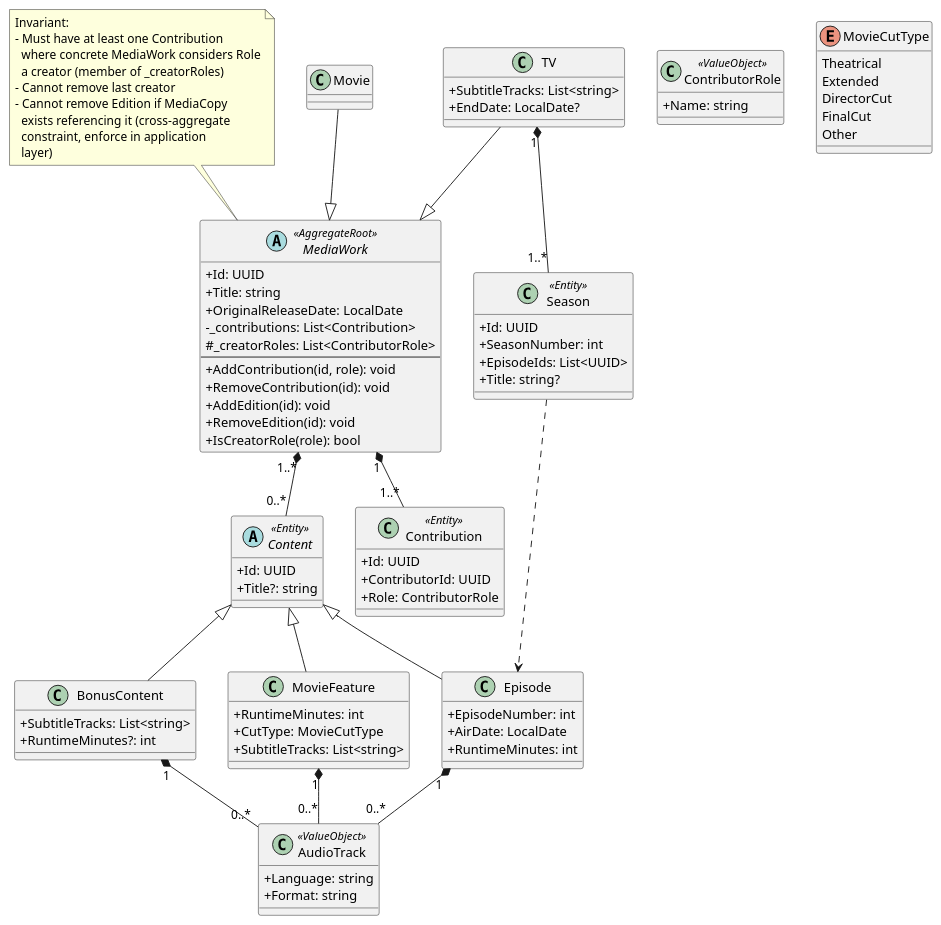
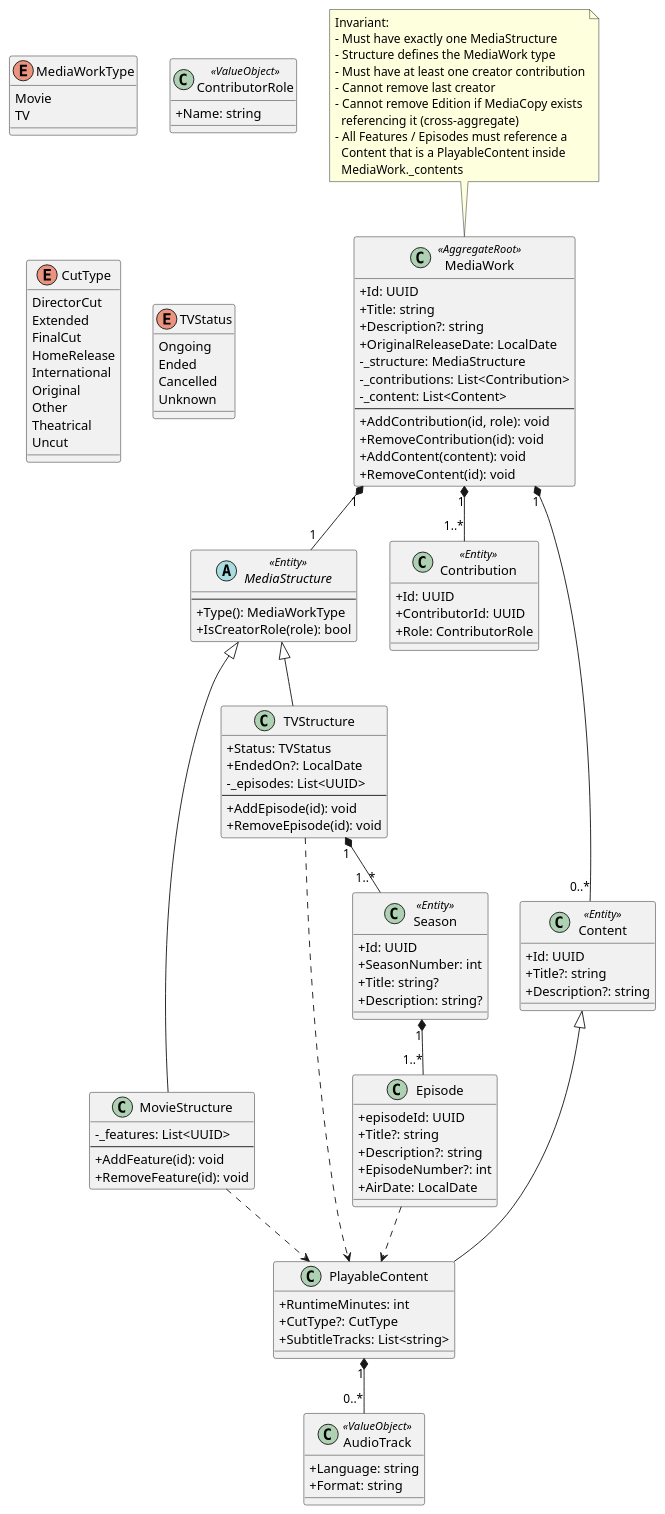
One commit to yantue/colleq changed the diagram in docs/uml/domain/domain-media-work.puml. Above: the diagram before and after it, drawn with PlantUML. The commit also changed 1 other file, not shown here.

Commit message:
docs: Add MediaStructure instead of polymorphic MediaWork + Update concrete Content to PlayableContent instead of Movie/TV/Bonus

```diff
--- a/docs/uml/domain/domain-media-work.puml
+++ b/docs/uml/domain/domain-media-work.puml
@@ -1,114 +1,146 @@
 @startuml
 skinparam classAttributeIconSize 0
 
 ' ===== CORE =====
-abstract class MediaWork <<AggregateRoot>> {
+class MediaWork <<AggregateRoot>> {
     +Id: UUID
     +Title: string
+    +Description?: string
     +OriginalReleaseDate: LocalDate
+    -_structure: MediaStructure
     -_contributions: List<Contribution>
-    #_creatorRoles: List<ContributorRole>
+    -_content: List<Content>
     --
     +AddContribution(id, role): void
     +RemoveContribution(id): void
-    +AddEdition(id): void
-    +RemoveEdition(id): void
-    +IsCreatorRole(role): bool
+    +AddContent(content): void
+    +RemoveContent(id): void
 }
 
 note top of MediaWork
 Invariant:
-- Must have at least one Contribution
-  where concrete MediaWork considers Role
-  a creator (member of _creatorRoles)
+- Must have exactly one MediaStructure
+- Structure defines the MediaWork type
+- Must have at least one creator contribution
 - Cannot remove last creator
-- Cannot remove Edition if MediaCopy
-  exists referencing it (cross-aggregate
-  constraint, enforce in application
-  layer)
+- Cannot remove Edition if MediaCopy exists
+  referencing it (cross-aggregate)
+- All Features / Episodes must reference a
+  Content that is a PlayableContent inside
+  MediaWork._contents
 end note
 
-abstract class Content <<Entity>> {
-    +Id: UUID
-    +Title?: string
+abstract class MediaStructure <<Entity>> {
+    --
+    +Type(): MediaWorkType
+    +IsCreatorRole(role): bool
 }
 
-MediaWork "1..*" *-- "0..*" Content
+MediaWork "1" *-- "1" MediaStructure
 
-class BonusContent {
-    +SubtitleTracks: List<string>
-    +RuntimeMinutes?: int
+enum MediaWorkType {
+    Movie
+    TV
 }
 
-Content <|-- BonusContent
-
+' ===== CONTRIBUTIONS =====
 class Contribution <<Entity>> {
     +Id: UUID
     +ContributorId: UUID
     +Role: ContributorRole
 }
 
 class ContributorRole <<ValueObject>> {
     +Name: string
 }
 
 MediaWork "1" *-- "1..*" Contribution
 
-' ===== MOVIE =====
-class Movie {}
+' ===== CONTENT =====
+class Content <<Entity>> {
+    +Id: UUID
+    +Title?: string
+    +Description?: string
+}
 
-Movie --|> MediaWork
+MediaWork "1" *-- "0..*" Content
 
-class MovieFeature {
+class PlayableContent {
     +RuntimeMinutes: int
-    +CutType: MovieCutType
+    +CutType?: CutType
     +SubtitleTracks: List<string>
 }
 
-enum MovieCutType {
+enum CutType {
+    DirectorCut
+    Extended
+    FinalCut
+    HomeRelease
+    International
+    Original
+    Other
     Theatrical
-    Extended
-    DirectorCut
-    FinalCut
-    Other
+    Uncut
 }
 
-Content <|-- MovieFeature
+Content <|-- PlayableContent
 
-' ===== TV =====
-class TV {
-    +SubtitleTracks: List<string>
-    +EndDate: LocalDate?
-}
-
-TV --|> MediaWork
-
-class Season <<Entity>> {
-    +Id: UUID
-    +SeasonNumber: int
-    +EpisodeIds: List<UUID>
-    +Title: string?
-}
-
-class Episode {
-    +EpisodeNumber: int
-    +AirDate: LocalDate
-    +RuntimeMinutes: int
-}
-
-Content <|-- Episode
-Season ..> Episode
-
-TV "1" *-- "1..*" Season
-
-' ===== SHARED =====
 class AudioTrack <<ValueObject>> {
     +Language: string
     +Format: string
 }
 
-MovieFeature "1" *-- "0..*" AudioTrack
-Episode "1" *-- "0..*" AudioTrack
-BonusContent "1" *-- "0..*" AudioTrack
+PlayableContent "1" *-- "0..*" AudioTrack
+
+' ===== MOVIE =====
+class MovieStructure {
+    -_features: List<UUID>
+    --
+    +AddFeature(id): void
+    +RemoveFeature(id): void
+}
+
+MediaStructure <|-- MovieStructure
+MovieStructure ..> PlayableContent
+
+' ===== TV =====
+class TVStructure {
+    +Status: TVStatus
+    +EndedOn?: LocalDate
+    -_episodes: List<UUID>
+    --
+    +AddEpisode(id): void
+    +RemoveEpisode(id): void
+}
+
+MediaStructure <|-- TVStructure
+TVStructure ..> PlayableContent
+
+enum TVStatus {
+    Ongoing
+    Ended
+    Cancelled
+    Unknown
+}
+
+class Season <<Entity>> {
+    +Id: UUID
+    +SeasonNumber: int
+    +Title: string?
+    +Description: string?
+}
+
+TVStructure "1" *-- "1..*" Season
+
+class Episode {
+    +episodeId: UUID
+    +Title?: string
+    +Description?: string
+    +EpisodeNumber?: int
+    +AirDate: LocalDate
+}
+
+Season "1" *-- "1..*" Episode
+Episode ..> PlayableContent
 
 @enduml
```
